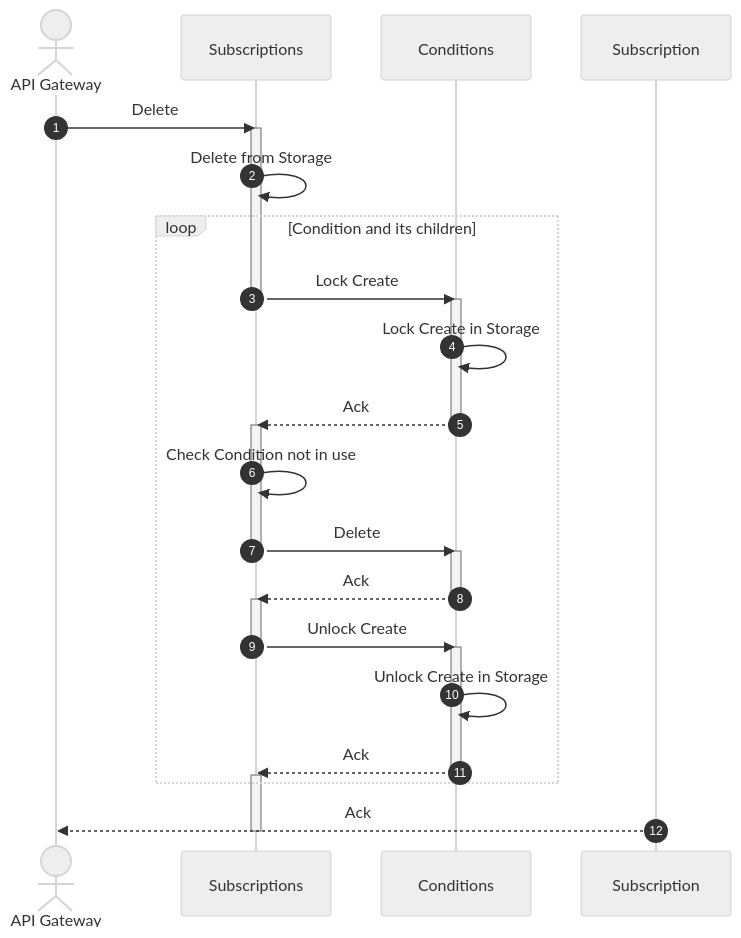
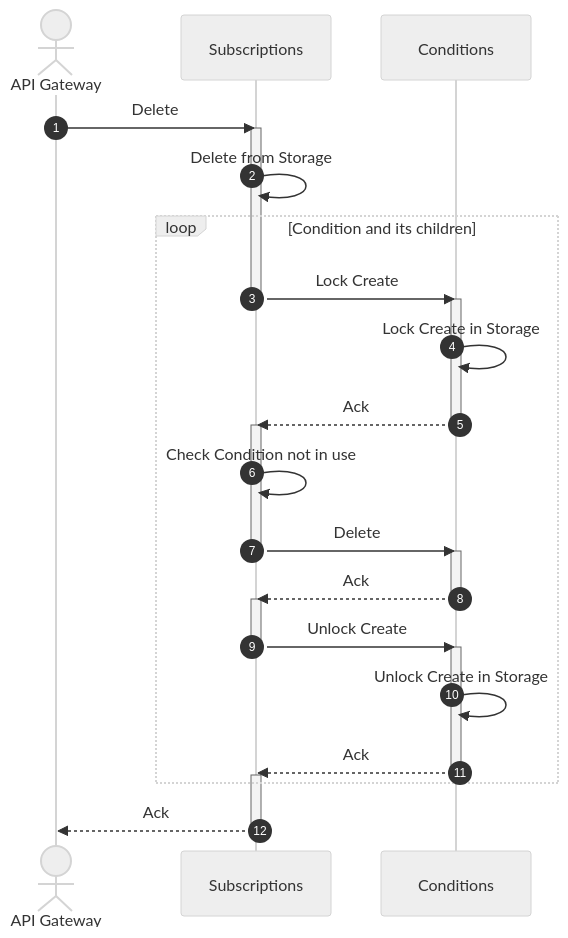
Before and after one commit to awakari/interests: the second of 2 diagrams in README.md, drawn with Mermaid. The commit also changed other lines of this file and 13 other files, not shown here.

````diff
--- a/README.md
+++ b/README.md
@@ -421,48 +418,48 @@
 ```mermaid
 %%{init: {'theme': 'neutral' } }%%
 sequenceDiagram
 
     autonumber
 
     actor API Gateway
     participant Subscriptions
     participant Conditions
 
     API Gateway->>Subscriptions: Delete
 
     activate Subscriptions
     Subscriptions->>Subscriptions: Delete from Storage
     loop Condition and its children
     
         Subscriptions->>Conditions: Lock Create
         deactivate Subscriptions
         
         activate Conditions
         Conditions->>Conditions: Lock Create in Storage
         Conditions-->>Subscriptions: Ack
         deactivate Conditions
         
         activate Subscriptions
         Subscriptions->>Subscriptions: Check Condition not in use
         Subscriptions->>Conditions: Delete
         deactivate Subscriptions
         
         activate Conditions
         Conditions-->>Subscriptions: Ack
         deactivate Conditions
         
         activate Subscriptions
         Subscriptions->>Conditions: Unlock Create
         deactivate Subscriptions
         
         activate Conditions
         Conditions->>Conditions: Unlock Create in Storage
         Conditions-->>Subscriptions: Ack
         deactivate Conditions
         
         activate Subscriptions
         
     end
-    Subscription-->>API Gateway: Ack
+    Subscriptions-->>API Gateway: Ack
     deactivate Subscriptions
 ```
````
